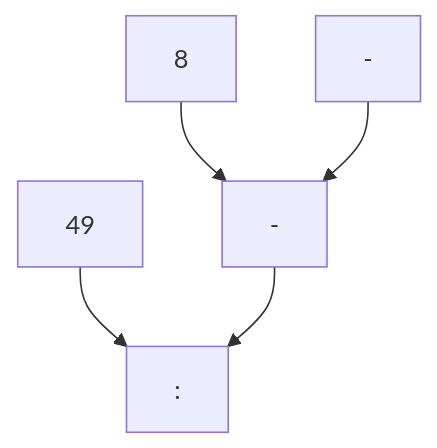
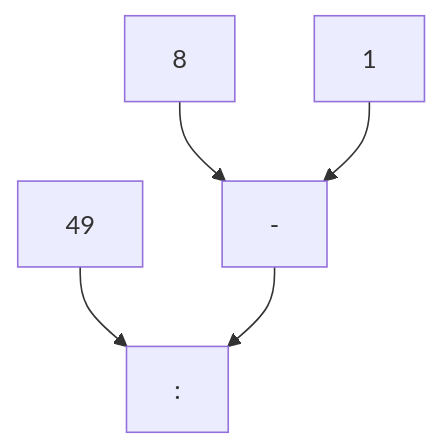
Before and after one commit to jecki/logicConverter: the second of 2 diagrams in Parsing_the_Principia.md, drawn with Mermaid. The commit also changed other lines of this file, not shown here.

````diff
--- a/Parsing_the_Principia.md
+++ b/Parsing_the_Principia.md
@@ -63,7 +63,7 @@
 ```mermaid
 graph TD
     fortynine["49"] --> div[":"]
     eight["8"]      --> minus["-"]
-    one["-"]        --> minus["-"]
+    one["1"]        --> minus["-"]
     minus["-"]      --> div[":"]
 ```
````
